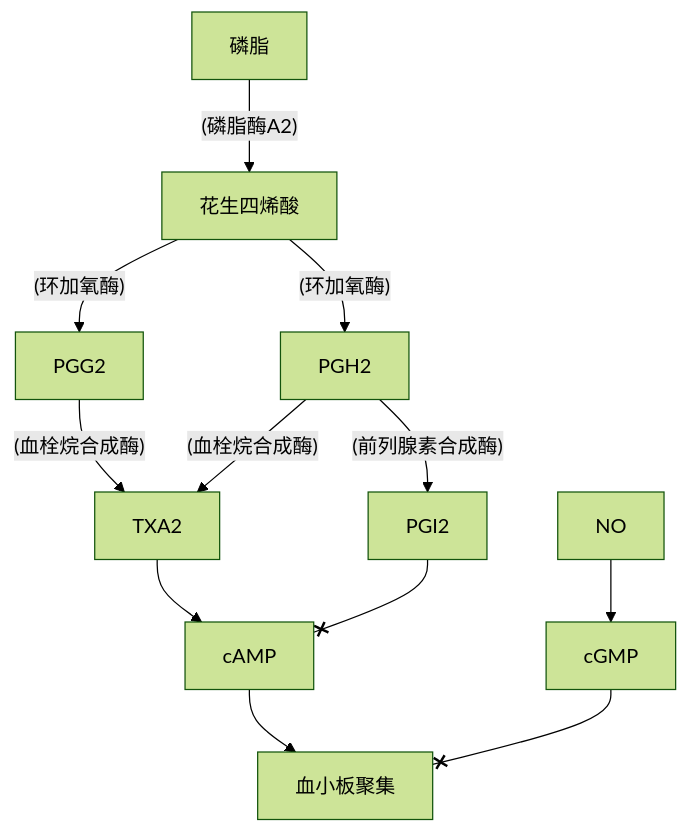
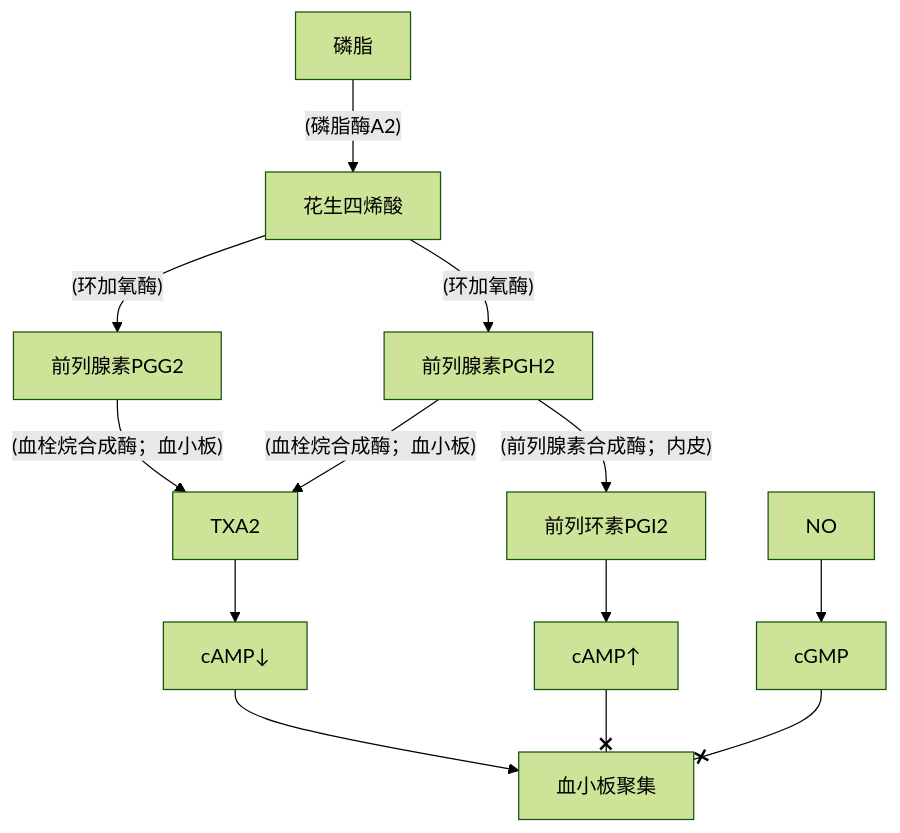
One commit to ChickenHu/notebook changed the fourth of 7 diagrams in Physiology/血液.md. Above: the diagram before and after it, drawn with Mermaid (forest theme). The commit also changed other lines of this file and 7 other files, not shown here.

````diff
--- a/Physiology/血液.md
+++ b/Physiology/血液.md
@@ -317,6 +327,6 @@
 ```mermaid
 flowchart
-磷脂--(磷脂酶A2)-->花生四烯酸--(环加氧酶)-->PGG2 & PGH2--(血栓烷合成酶)-->TXA2-->cAMP-->血小板聚集
-PGH2--(前列腺素合成酶)-->PGI2--xcAMP
+磷脂--(磷脂酶A2)-->花生四烯酸--(环加氧酶)-->前列腺素PGG2 & 前列腺素PGH2--(血栓烷合成酶；血小板)-->TXA2-->a[cAMP↓]-->血小板聚集
+前列腺素PGH2--(前列腺素合成酶；内皮)-->前列环素PGI2-->b[cAMP↑]--x血小板聚集
 NO-->cGMP--x血小板聚集
 ```
````
